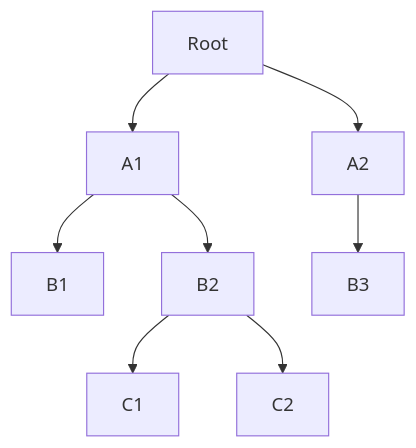
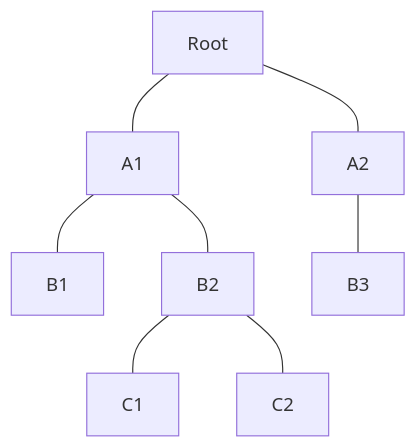
Before and after one commit to cquintella/Estruturas: the fifth of 5 diagrams in apresentacoes/unidade4/arvores_binarias.md, drawn with Mermaid. The commit also changed other lines of this file, not shown here.

````diff
--- a/apresentacoes/unidade4/arvores_binarias.md
+++ b/apresentacoes/unidade4/arvores_binarias.md
@@ -287,11 +287,11 @@
 ```mermaid
 graph TD
-Root --> A1
-Root --> A2
-A1 --> B1
-A1 --> B2
-A2 --> B3
-B2 --> C1
-B2 --> C2
+Root --- A1
+Root --- A2
+A1 --- B1
+A1 --- B2
+A2 --- B3
+B2 --- C1
+B2 --- C2
 
 ```
````
